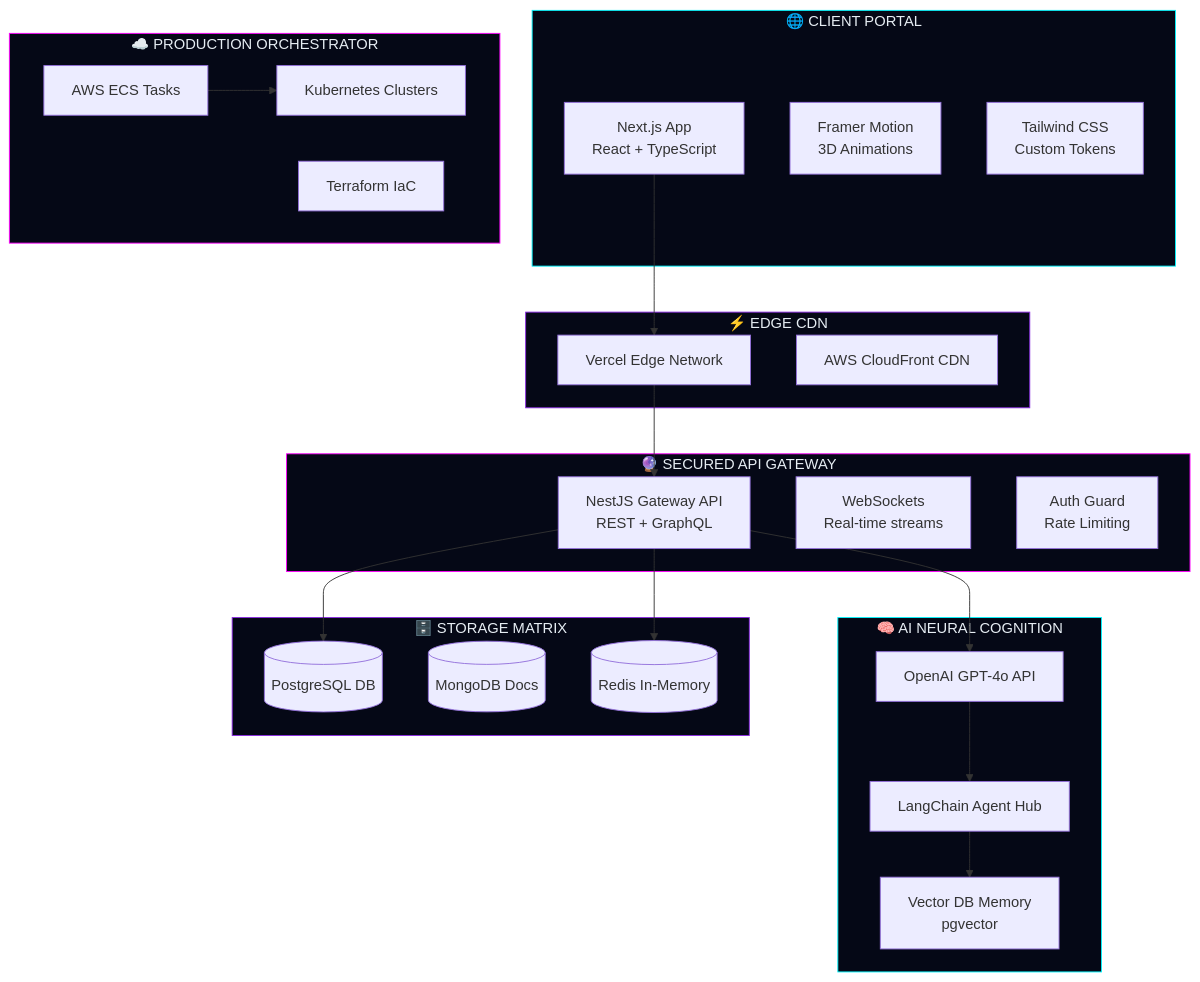
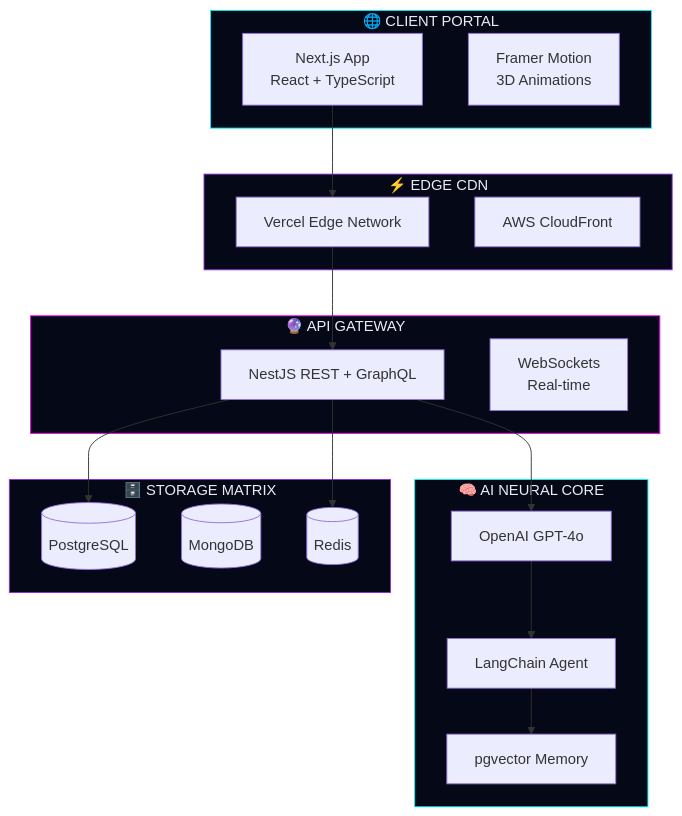
Before and after one commit to Aviral-1/Aviral-1: the first of 2 diagrams in README.md, drawn with Mermaid. The commit also changed other lines of this file and 4 other files, not shown here.

Commit message:
feat: visual-first profile overhaul — animated graphs, analytics widgets, portfolio link integration

````diff
--- a/README.md
+++ b/README.md
@@ -235,53 +100,39 @@
 ```mermaid
 graph TB
     subgraph CLIENT["🌐 CLIENT PORTAL"]
         A[Next.js App<br/>React + TypeScript]
         B[Framer Motion<br/>3D Animations]
-        C[Tailwind CSS<br/>Custom Tokens]
     end
 
     subgraph CDN["⚡ EDGE CDN"]
         D[Vercel Edge Network]
-        E[AWS CloudFront CDN]
+        E[AWS CloudFront]
     end
 
-    subgraph API["🔮 SECURED API GATEWAY"]
-        F[NestJS Gateway API<br/>REST + GraphQL]
-        G[WebSockets<br/>Real-time streams]
-        H[Auth Guard<br/>Rate Limiting]
+    subgraph API["🔮 API GATEWAY"]
+        F[NestJS REST + GraphQL]
+        G[WebSockets<br/>Real-time]
     end
 
-    subgraph AI["🧠 AI NEURAL COGNITION"]
-        I[OpenAI GPT-4o API]
-        J[LangChain Agent Hub]
-        K[Vector DB Memory<br/>pgvector]
+    subgraph AI["🧠 AI NEURAL CORE"]
+        I[OpenAI GPT-4o]
+        J[LangChain Agent]
+        K[pgvector Memory]
     end
 
     subgraph DATA["🗄️ STORAGE MATRIX"]
-        L[(PostgreSQL DB)]
-        M[(MongoDB Docs)]
-        N[(Redis In-Memory)]
+        L[(PostgreSQL)]
+        M[(MongoDB)]
+        N[(Redis)]
     end
 
-    subgraph INFRA["☁️ PRODUCTION ORCHESTRATOR"]
-        O[AWS ECS Tasks]
-        P[Kubernetes Clusters]
-        Q[Terraform IaC]
-    end
-
-    A --> D
-    D --> F
-    F --> I
+    A --> D --> F --> I --> J --> K
     F --> L
     F --> N
-    I --> J
-    J --> K
-    O --> P
 
     style CLIENT fill:#050816,stroke:#00F7FF,color:#E6EDF3
     style CDN fill:#050816,stroke:#8A2BE2,color:#E6EDF3
     style API fill:#050816,stroke:#FF00FF,color:#E6EDF3
     style AI fill:#050816,stroke:#00F7FF,color:#E6EDF3
     style DATA fill:#050816,stroke:#8A2BE2,color:#E6EDF3
-    style INFRA fill:#050816,stroke:#FF00FF,color:#E6EDF3
 ```
````
